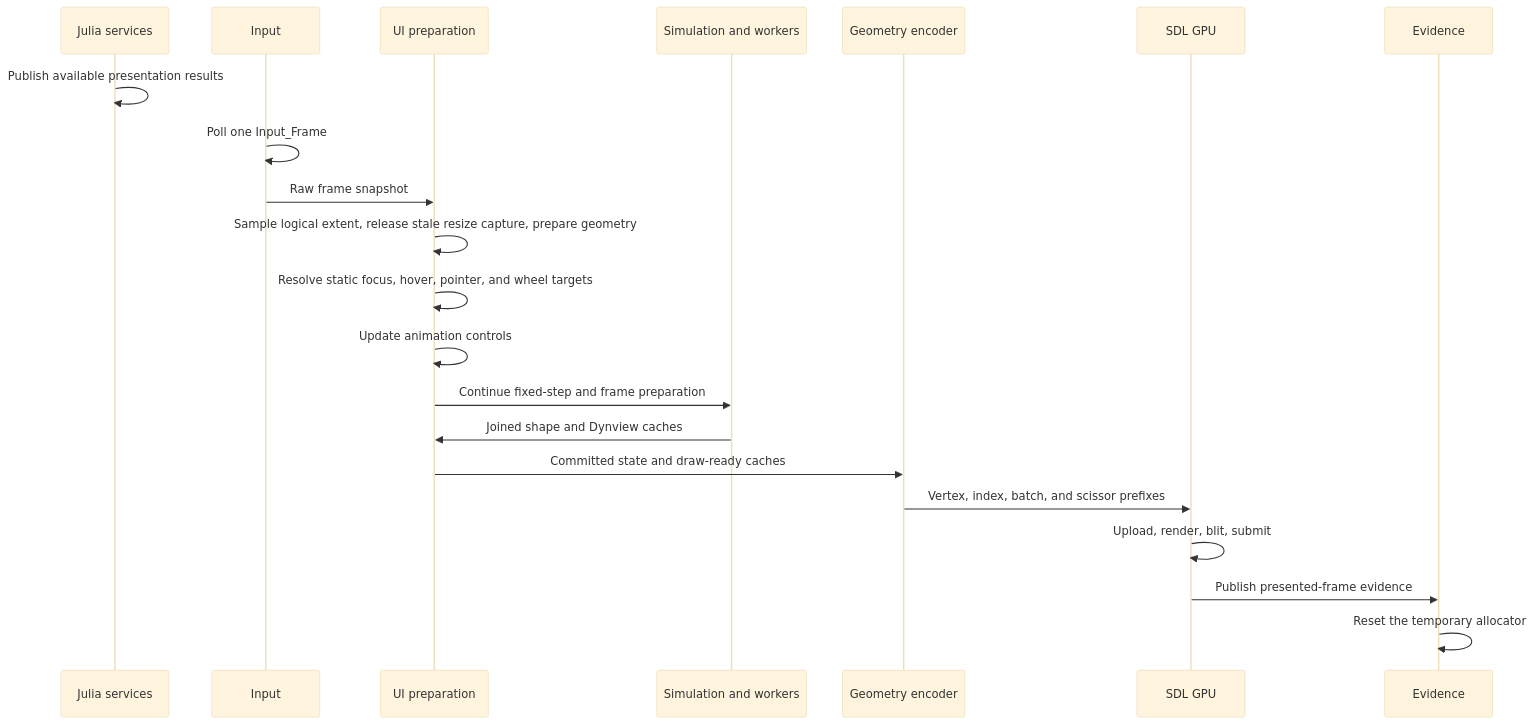
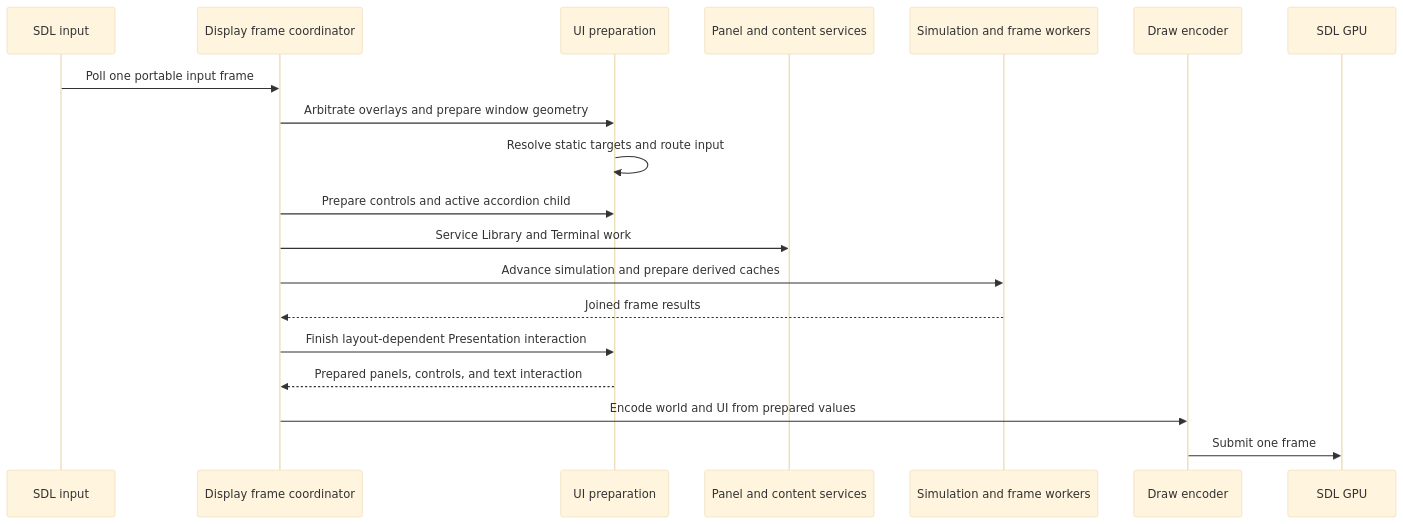
One commit to derekshoneycutt/Euclid changed the third of 7 diagrams in docs/wiki/Guides/UiSystem.md. Above: the diagram before and after it, drawn with Mermaid (base theme). The commit also changed other lines of this file and 11 other files, not shown here.

````diff
--- a/docs/wiki/Guides/UiSystem.md
+++ b/docs/wiki/Guides/UiSystem.md
@@ -191,24 +141,22 @@
 ```mermaid
 sequenceDiagram
-    participant F as Julia services
-    participant I as Input
-    participant U as UI preparation
-    participant S as Simulation and workers
-    participant D as Geometry encoder
-    participant G as SDL GPU
-    participant E as Evidence
+    participant SDL as SDL input
+    participant Frame as Display frame coordinator
+    participant UI as UI preparation
+    participant Services as Panel and content services
+    participant Sim as Simulation and frame workers
+    participant Draw as Draw encoder
+    participant GPU as SDL GPU
 
-    F->>F: Publish available presentation results
-    I->>I: Poll one Input_Frame
-    I->>U: Raw frame snapshot
-    U->>U: Sample logical extent, release stale resize capture, prepare geometry
-    U->>U: Resolve static focus, hover, pointer, and wheel targets
-    U->>U: Update animation controls
-    U->>S: Continue fixed-step and frame preparation
-    S->>U: Joined shape and Dynview caches
-    U->>D: Committed state and draw-ready caches
-    D->>G: Vertex, index, batch, and scissor prefixes
-    G->>G: Upload, render, blit, submit
-    G->>E: Publish presented-frame evidence
-    E->>E: Reset the temporary allocator
+    SDL->>Frame: Poll one portable input frame
+    Frame->>UI: Arbitrate overlays and prepare window geometry
+    UI->>UI: Resolve static targets and route input
+    Frame->>UI: Prepare controls and active accordion child
+    Frame->>Services: Service Library and Terminal work
+    Frame->>Sim: Advance simulation and prepare derived caches
+    Sim-->>Frame: Joined frame results
+    Frame->>UI: Finish layout-dependent Presentation interaction
+    UI-->>Frame: Prepared panels, controls, and text interaction
+    Frame->>Draw: Encode world and UI from prepared values
+    Draw->>GPU: Submit one frame
 ```
````
